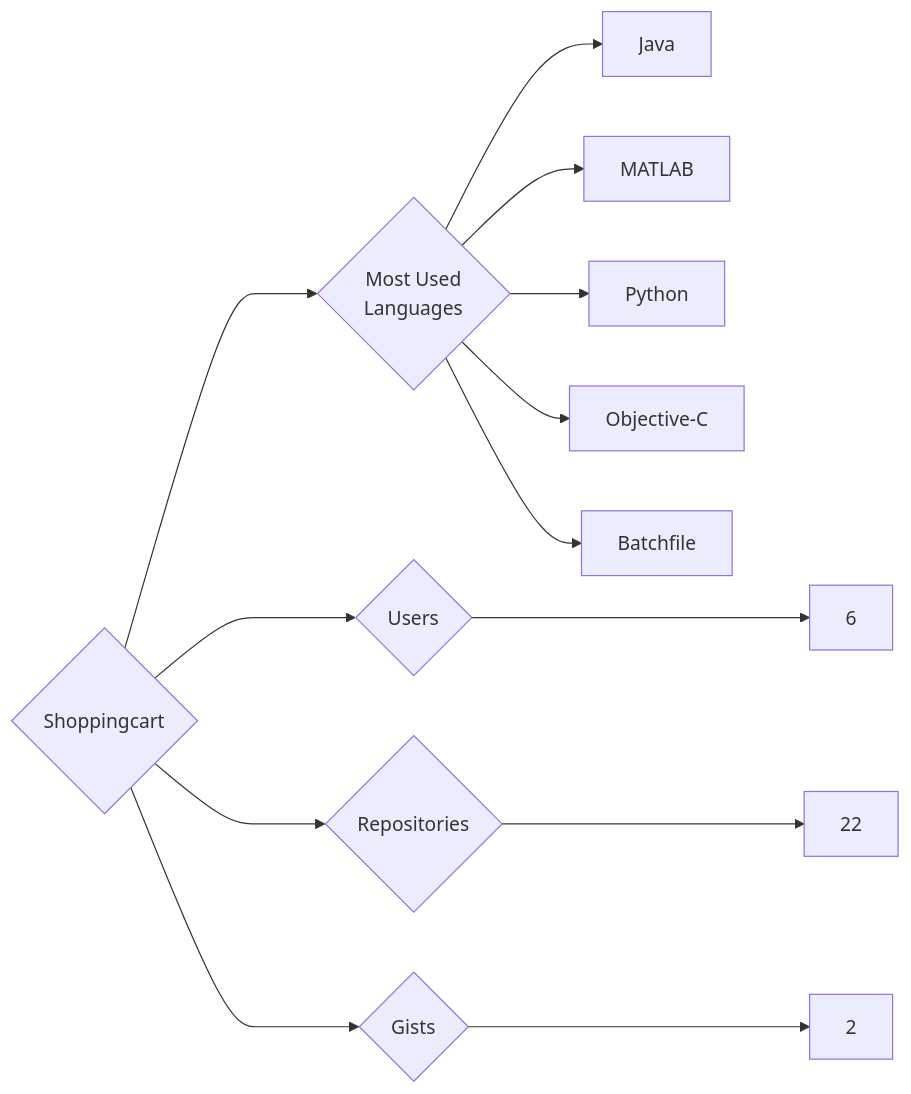
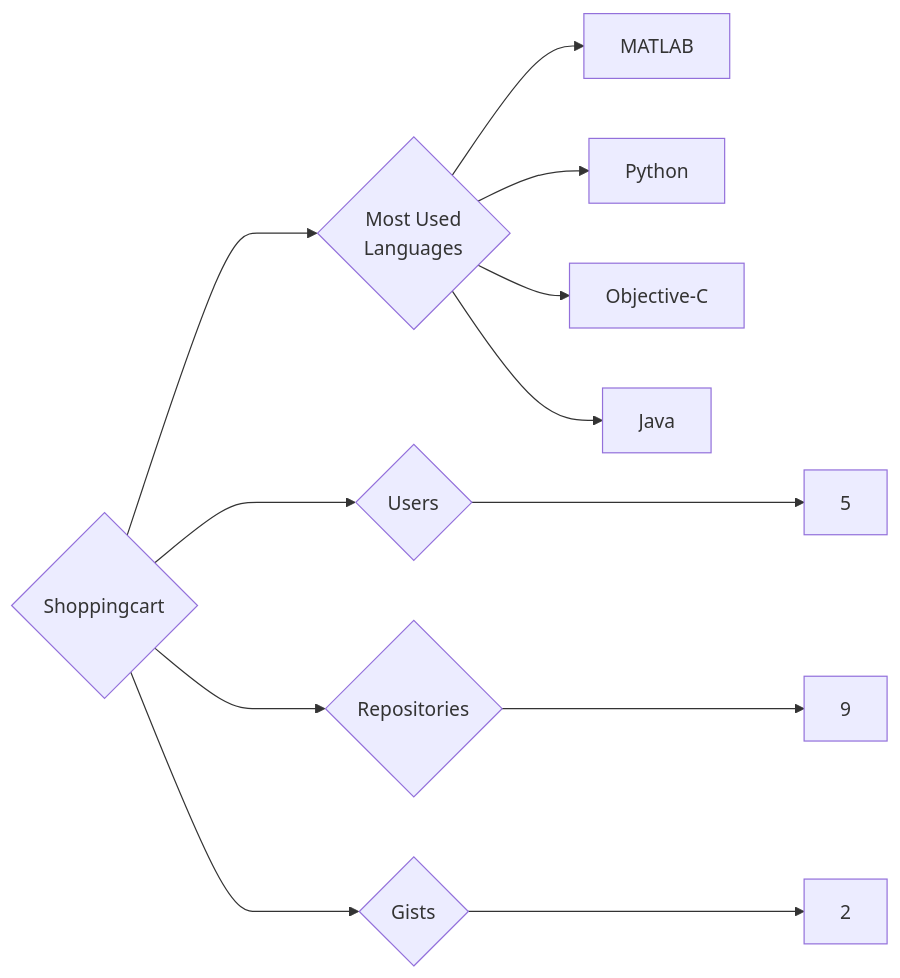
Before and after one commit to trickest/insiders: the diagram in targets/Shoppingcart/README.md, drawn with Mermaid. The commit also changed 1496 other files, not shown here.

````diff
--- a/targets/Shoppingcart/README.md
+++ b/targets/Shoppingcart/README.md
@@ -3,13 +3,12 @@
 ```mermaid
 graph LR
 COMPANY_NAME{Shoppingcart}
-COMPANY_NAME ---> U{Users} ---> UN[6]
-COMPANY_NAME ---> R{Repositories} ---> RN[22]
+COMPANY_NAME ---> U{Users} ---> UN[5]
+COMPANY_NAME ---> R{Repositories} ---> RN[9]
 COMPANY_NAME ---> G{Gists} ---> GN[2]
 COMPANY_NAME ---> ML{Most Used<br>Languages}
-ML --> Java[Java]
 ML --> MATLAB[MATLAB]
 ML --> Python[Python]
 ML --> Objective-C[Objective-C]
-ML --> Batchfile[Batchfile]
+ML --> Java[Java]
 ```
````
